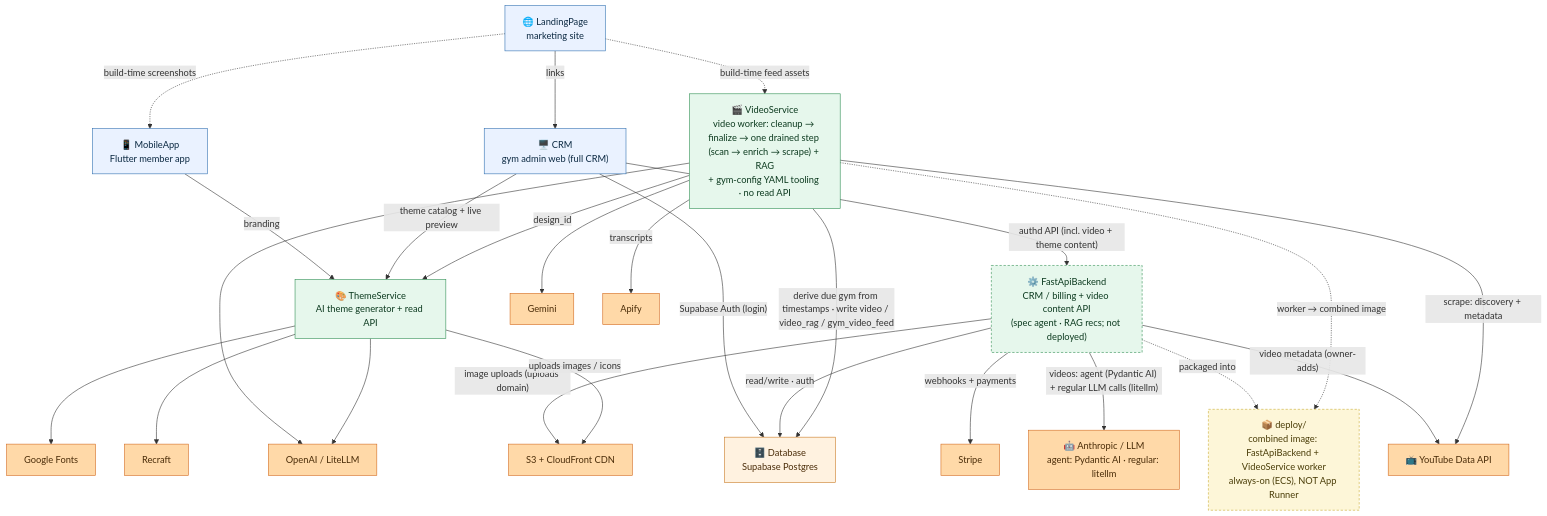
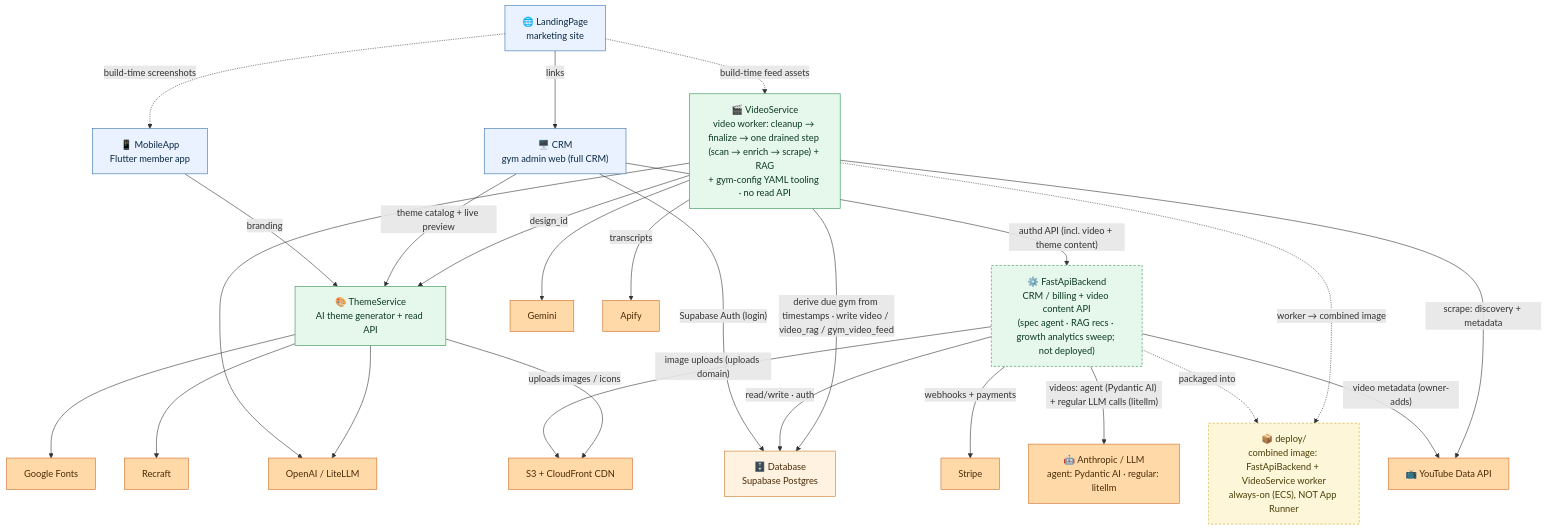
Before and after one commit to jesse51002/CombatDen: the diagram in README.md, drawn with Mermaid. The commit also changed 1 other file, not shown here.

Commit message:
Docs: put the growth domain on the root system graphs
Both root graphs are living documents and a new backend domain with its
own scheduled sweep and its own table belongs on them. Adds the growth
router, GrowthService/GrowthComputeService, and gym_growth_metrics to
the detailed graph, and notes the analytics sweep on the high-level one.

Validated per the mermaid-creation skill: sibling check clean on both
(34 and 24 edges), no LR direction, no tilde-spacers.

````diff
--- a/README.md
+++ b/README.md
@@ -16,60 +16,60 @@
 ```mermaid
 flowchart TB
   MobileApp["📱 MobileApp<br/>Flutter member app"]
   CRM["🖥️ CRM<br/>gym admin web (full CRM)"]
   LandingPage["🌐 LandingPage<br/>marketing site"]
 
   ThemeService["🎨 ThemeService<br/>AI theme generator + read API"]
   VideoService["🎬 VideoService<br/>video worker: cleanup → finalize → one drained step (scan → enrich → scrape) + RAG<br/>+ gym-config YAML tooling · no read API"]
-  FastApiBackend["⚙️ FastApiBackend<br/>CRM / billing + video content API<br/>(spec agent · RAG recs; not deployed)"]
+  FastApiBackend["⚙️ FastApiBackend<br/>CRM / billing + video content API<br/>(spec agent · RAG recs · growth analytics sweep; not deployed)"]
 
   Database["🗄️ Database<br/>Supabase Postgres"]
   Deploy["📦 deploy/<br/>combined image: FastApiBackend + VideoService worker<br/>always-on (ECS), NOT App Runner"]
   Stripe["Stripe"]
   LiteLLM["OpenAI / LiteLLM"]
   Gemini["Gemini"]
   Apify["Apify"]
   YouTube["📺 YouTube Data API"]
   GoogleFonts["Google Fonts"]
   Recraft["Recraft"]
   CDN["S3 + CloudFront CDN"]
   LLMProvider["🤖 Anthropic / LLM<br/>agent: Pydantic AI · regular: litellm"]
 
   MobileApp -->|"branding"| ThemeService
   CRM -->|"theme catalog + live preview"| ThemeService
   CRM -->|"authd API (incl. video + theme content)"| FastApiBackend
   CRM -->|"Supabase Auth (login)"| Database
   LandingPage -->|"links"| CRM
   LandingPage -.->|"build-time screenshots"| MobileApp
   LandingPage -.->|"build-time feed assets"| VideoService
   VideoService -->|"design_id"| ThemeService
   FastApiBackend -->|"read/write · auth"| Database
   VideoService -->|"derive due gym from timestamps · write video / video_rag / gym_video_feed"| Database
   FastApiBackend -->|"webhooks + payments"| Stripe
   FastApiBackend -->|"videos: agent (Pydantic AI) + regular LLM calls (litellm)"| LLMProvider
   FastApiBackend -.->|"packaged into"| Deploy
   VideoService -.->|"worker → combined image"| Deploy
   FastApiBackend -->|"image uploads (uploads domain)"| CDN
   FastApiBackend -->|"video metadata (owner-adds)"| YouTube
   VideoService -->|"scrape: discovery + metadata"| YouTube
   VideoService -->|"transcripts"| Apify
   VideoService --> LiteLLM
   VideoService --> Gemini
   ThemeService --> GoogleFonts
   ThemeService --> Recraft
   ThemeService --> LiteLLM
   ThemeService -->|"uploads images / icons"| CDN
 
   classDef client fill:#eaf2ff,stroke:#2f6fb0,color:#0b2942;
   classDef service fill:#e6f7ec,stroke:#2f8f53,color:#0c3a1f;
   classDef data fill:#fff2e0,stroke:#c9781f,color:#4a2c08;
   classDef ext fill:#ffd9a8,stroke:#d2691e,color:#4a2c08;
   classDef tool fill:#fdf6d8,stroke:#caab2f,color:#4a3d08;
   class MobileApp,CRM,LandingPage client;
   class ThemeService,VideoService,FastApiBackend service;
   class Database data;
   class Deploy tool;
   class Stripe,LiteLLM,Gemini,Apify,YouTube,GoogleFonts,Recraft,CDN,LLMProvider ext;
   style FastApiBackend stroke-dasharray:4 3;
   style Deploy stroke-dasharray:4 3;
 ```
````
